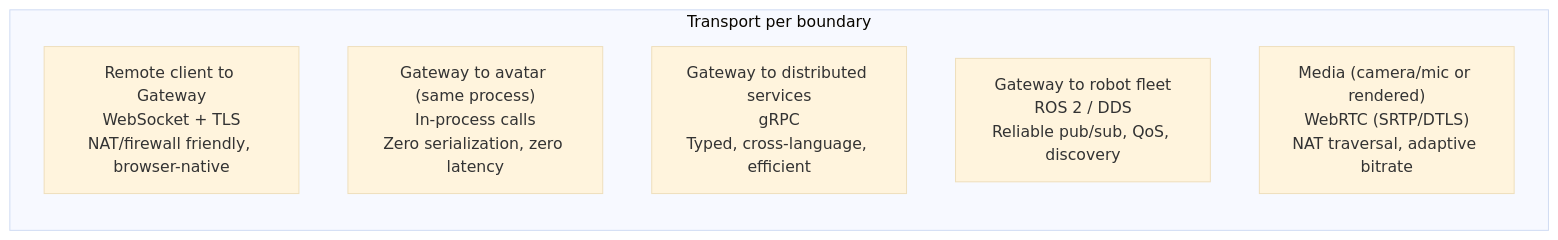
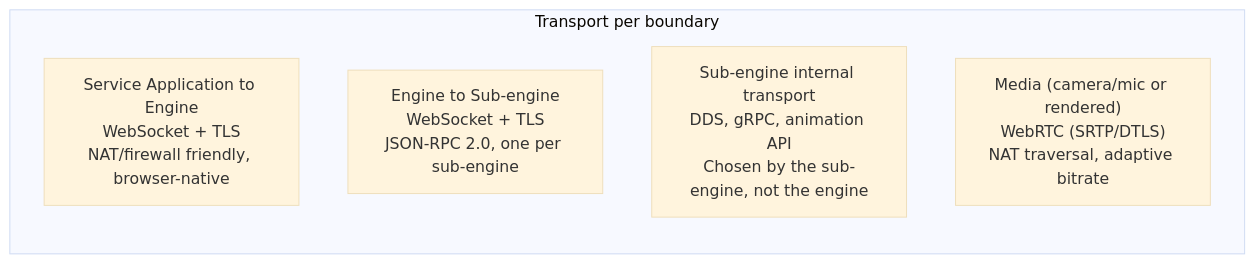
Diagram 12 of 17 in docs/white-paper.md (openrois/openrois), drawn with Mermaid (base theme) before and after one commit. The commit also changed other lines of this file and 48 other files, not shown here.

First line of the commit message:
docs: align architecture diagram and terminology across public docs

````diff
--- a/docs/white-paper.md
+++ b/docs/white-paper.md
@@ -1362,11 +1382,10 @@
 ```mermaid
 flowchart LR
     subgraph Boundaries["Transport per boundary"]
         direction TB
-        B1["Remote client to Gateway<br/>WebSocket + TLS<br/>NAT/firewall friendly, browser-native"]
-        B2["Gateway to avatar (same process)<br/>In-process calls<br/>Zero serialization, zero latency"]
-        B3["Gateway to distributed services<br/>gRPC<br/>Typed, cross-language, efficient"]
-        B4["Gateway to robot fleet<br/>ROS 2 / DDS<br/>Reliable pub/sub, QoS, discovery"]
-        B5["Media (camera/mic or rendered)<br/>WebRTC (SRTP/DTLS)<br/>NAT traversal, adaptive bitrate"]
+        B1["Service Application to Engine<br/>WebSocket + TLS<br/>NAT/firewall friendly, browser-native"]
+        B2["Engine to Sub-engine<br/>WebSocket + TLS<br/>JSON-RPC 2.0, one per sub-engine"]
+        B3["Sub-engine internal transport<br/>DDS, gRPC, animation API<br/>Chosen by the sub-engine, not the engine"]
+        B4["Media (camera/mic or rendered)<br/>WebRTC (SRTP/DTLS)<br/>NAT traversal, adaptive bitrate"]
     end
 ```
````
